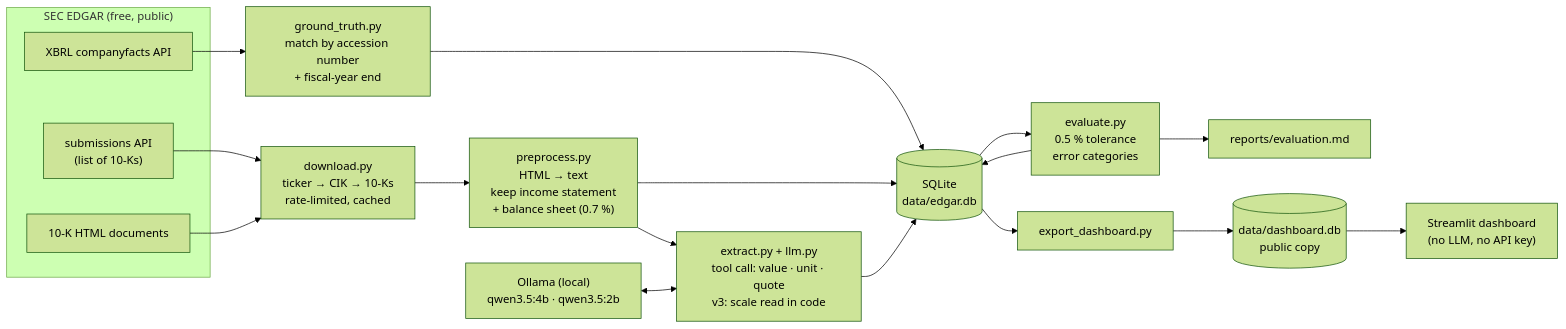
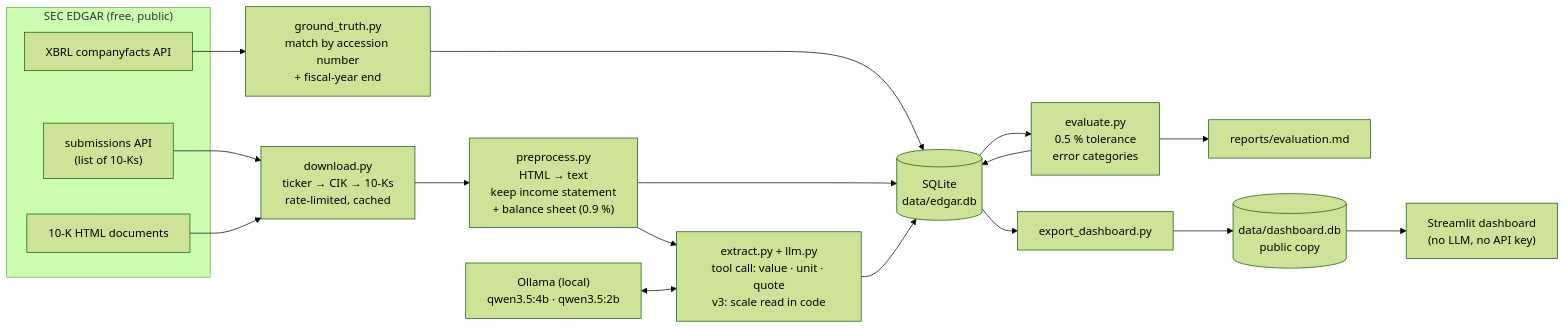
One commit to maurizoffice-lgtm/edgar-extract changed the diagram in README.md. Above: the diagram before and after it, drawn with Mermaid (forest theme). The commit also changed other lines of this file and 16 other files, not shown here.

````diff
--- a/README.md
+++ b/README.md
@@ -32,23 +34,23 @@
 ```mermaid
 flowchart LR
     subgraph SEC["SEC EDGAR (free, public)"]
         S["submissions API<br/>(list of 10-Ks)"]
         H["10-K HTML documents"]
         X["XBRL companyfacts API"]
     end
     S --> D["download.py<br/>ticker → CIK → 10-Ks<br/>rate-limited, cached"]
     H --> D
     X --> G["ground_truth.py<br/>match by accession number<br/>+ fiscal-year end"]
-    D --> P["preprocess.py<br/>HTML → text<br/>keep income statement<br/>+ balance sheet (0.7 %)"]
+    D --> P["preprocess.py<br/>HTML → text<br/>keep income statement<br/>+ balance sheet (0.9 %)"]
     P --> E["extract.py + llm.py<br/>tool call: value · unit · quote<br/>v3: scale read in code"]
     O["Ollama (local)<br/>qwen3.5:4b · qwen3.5:2b"] <--> E
     G --> DB[("SQLite<br/>data/edgar.db")]
     P --> DB
     E --> DB
     DB --> V["evaluate.py<br/>0.5 % tolerance<br/>error categories"]
     V --> R["reports/evaluation.md"]
     V --> DB
     DB --> EX["export_dashboard.py"]
     EX --> DDB[("data/dashboard.db<br/>public copy")]
     DDB --> UI["Streamlit dashboard<br/>(no LLM, no API key)"]
 ```
````
